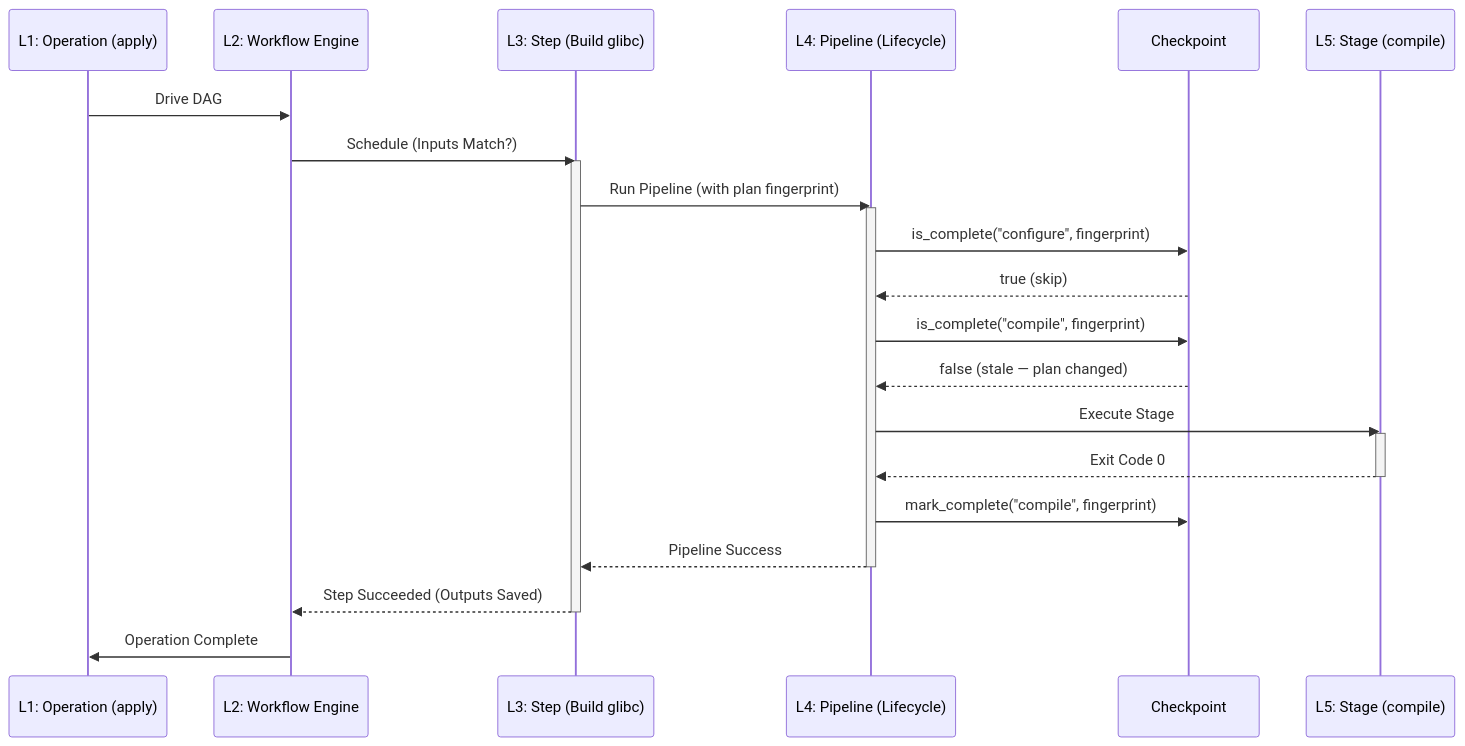
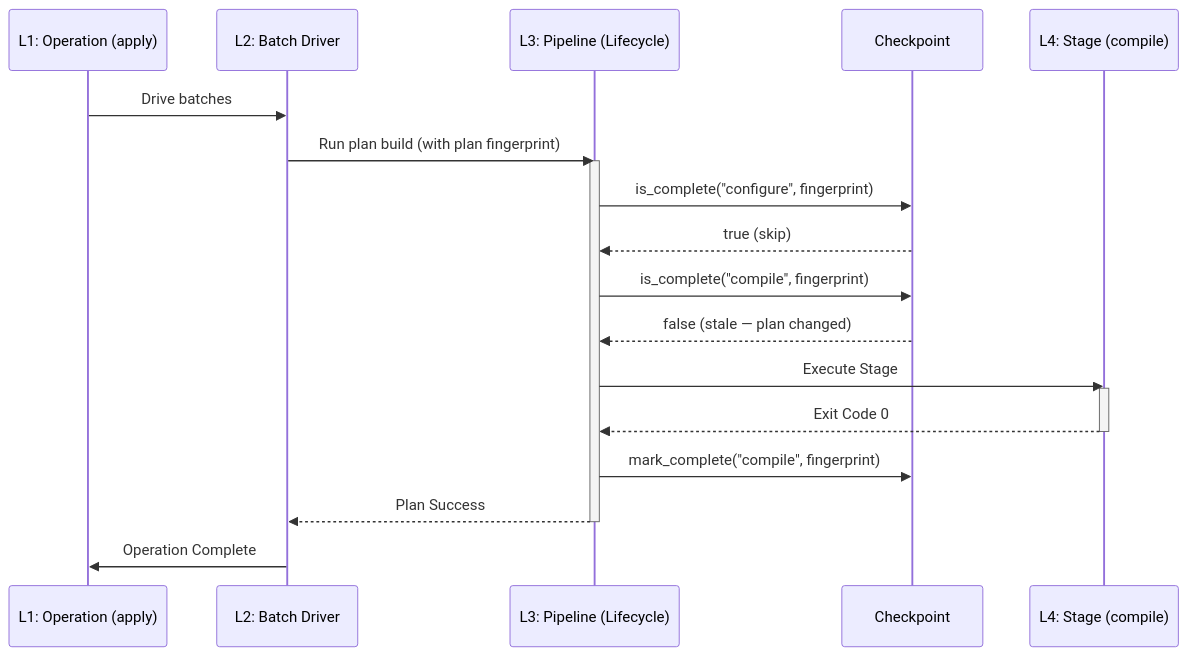
The second of 2 diagrams in docs/explanation/execution-hierarchy.md (ming2k/wright), drawn with Mermaid before and after one commit. The commit also changed other lines of this file and 54 other files, not shown here.

````diff
--- a/docs/explanation/execution-hierarchy.md
+++ b/docs/explanation/execution-hierarchy.md
@@ -109,29 +106,24 @@
 ```mermaid
 sequenceDiagram
     participant CLI as L1: Operation (apply)
-    participant WF as L2: Workflow Engine
-    participant Step as L3: Step (Build glibc)
-    participant PL as L4: Pipeline (Lifecycle)
+    participant Batch as L2: Batch Driver
+    participant PL as L3: Pipeline (Lifecycle)
     participant CK as Checkpoint
-    participant ST as L5: Stage (compile)
+    participant ST as L4: Stage (compile)
 
-    CLI->>WF: Drive DAG
-    WF->>Step: Schedule (Inputs Match?)
-    activate Step
-    Step->>PL: Run Pipeline (with plan fingerprint)
+    CLI->>Batch: Drive batches
+    Batch->>PL: Run plan build (with plan fingerprint)
     activate PL
     PL->>CK: is_complete("configure", fingerprint)
     CK-->>PL: true (skip)
     PL->>CK: is_complete("compile", fingerprint)
     CK-->>PL: false (stale — plan changed)
     PL->>ST: Execute Stage
     activate ST
     ST-->>PL: Exit Code 0
     deactivate ST
     PL->>CK: mark_complete("compile", fingerprint)
-    PL-->>Step: Pipeline Success
+    PL-->>Batch: Plan Success
     deactivate PL
-    Step-->>WF: Step Succeeded (Outputs Saved)
-    deactivate Step
-    WF->>CLI: Operation Complete
+    Batch->>CLI: Operation Complete
 ```
````
